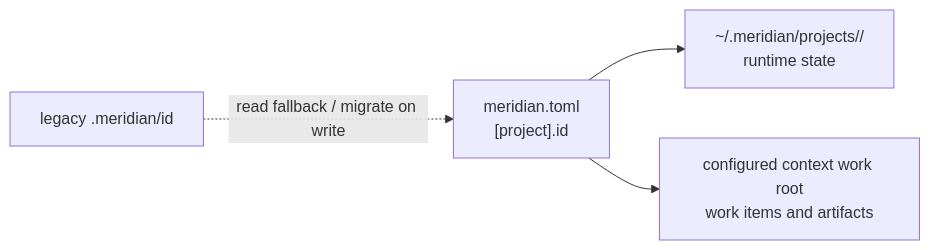
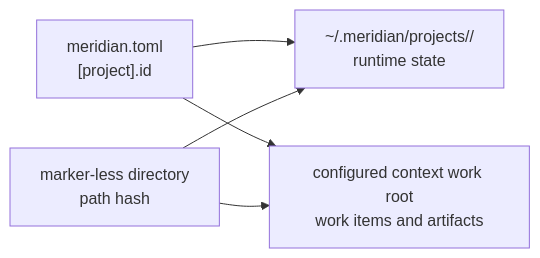
The diagram in kb/concepts/state-model.md (haowjy/meridian-cli-kb), drawn with Mermaid before and after one commit. The commit also changed other lines of this file and 5 other files, not shown here.

````diff
--- a/kb/concepts/state-model.md
+++ b/kb/concepts/state-model.md
@@ -10,6 +19,7 @@
 ```mermaid
 graph LR
     P["meridian.toml\n[project].id"] --> R["~/.meridian/projects/<id>/\nruntime state"]
+    A["marker-less directory\npath hash"] --> R
     P --> W["configured context work root\nwork items and artifacts"]
-    M["legacy .meridian/id"] -. "read fallback / migrate on write" .-> P
+    A --> W
 ```
````
